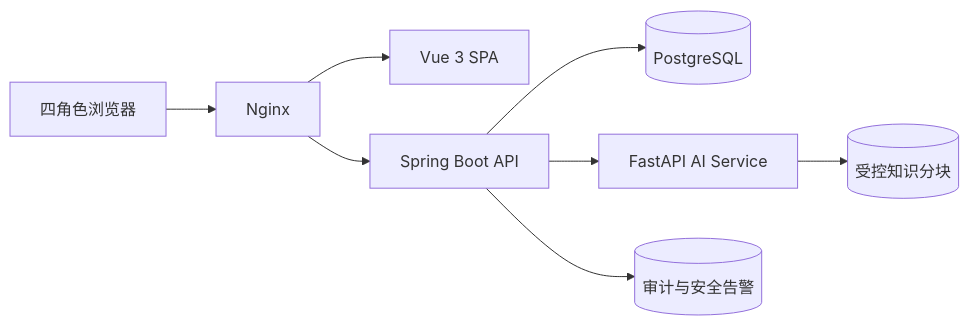
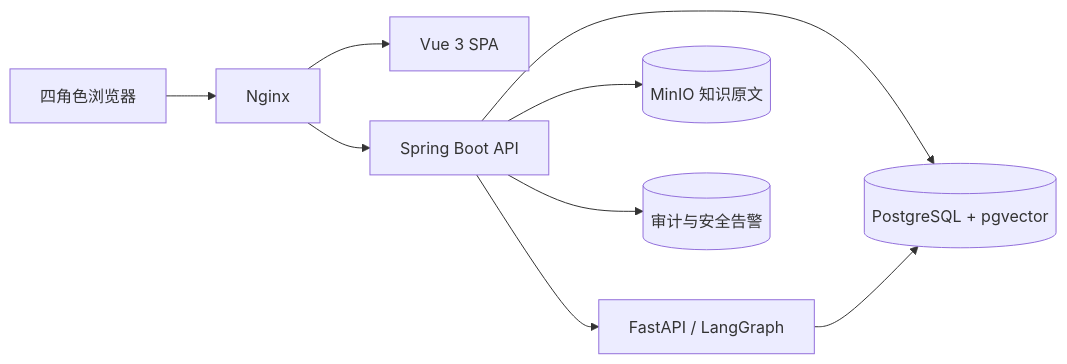
Before and after one commit to SkylerZhu016/care-guard-ai: the diagram in docs/architecture/ARCHITECTURE.md, drawn with Mermaid. The commit also changed other lines of this file and 59 other files, not shown here.

````diff
--- a/docs/architecture/ARCHITECTURE.md
+++ b/docs/architecture/ARCHITECTURE.md
@@ -5,10 +3,11 @@
 ```mermaid
 flowchart LR
-  U[四角色浏览器] --> N[Nginx]
-  N --> F[Vue 3 SPA]
-  N --> B[Spring Boot API]
-  B --> P[(PostgreSQL)]
-  B --> A[FastAPI AI Service]
-  A --> R[(受控知识分块)]
-  B --> L[(审计与安全告警)]
+  U["四角色浏览器"] --> N["Nginx"]
+  N --> F["Vue 3 SPA"]
+  N --> B["Spring Boot API"]
+  B --> P[("PostgreSQL + pgvector")]
+  B --> A["FastAPI / LangGraph"]
+  A --> P
+  B --> M[("MinIO 知识原文")]
+  B --> L[("审计与安全告警")]
 ```
````
